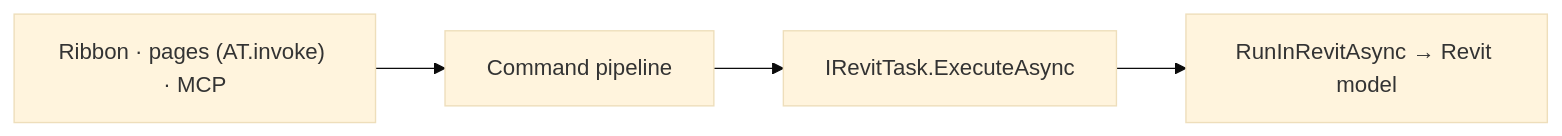
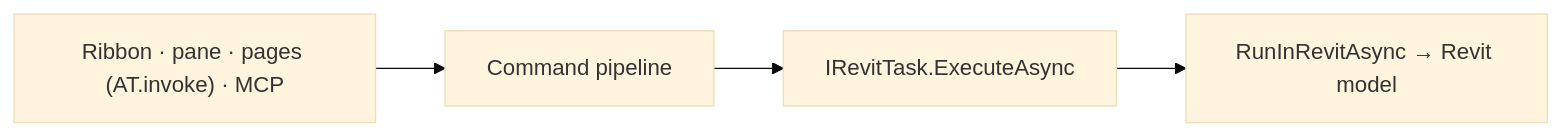
One commit to Nikola1Davydov/AnalyzeTool changed the diagram in README.md. Above: the diagram before and after it, drawn with Mermaid (base theme). The commit also changed other lines of this file and 9 other files, not shown here.

````diff
--- a/README.md
+++ b/README.md
@@ -105,4 +158,4 @@
 ```mermaid
 flowchart LR
-    A["Ribbon · pages (AT.invoke) · MCP"] --> B[Command pipeline] --> C["IRevitTask.ExecuteAsync"] --> D["RunInRevitAsync → Revit model"]
+    A["Ribbon · pane · pages (AT.invoke) · MCP"] --> B[Command pipeline] --> C["IRevitTask.ExecuteAsync"] --> D["RunInRevitAsync → Revit model"]
 ```
````
